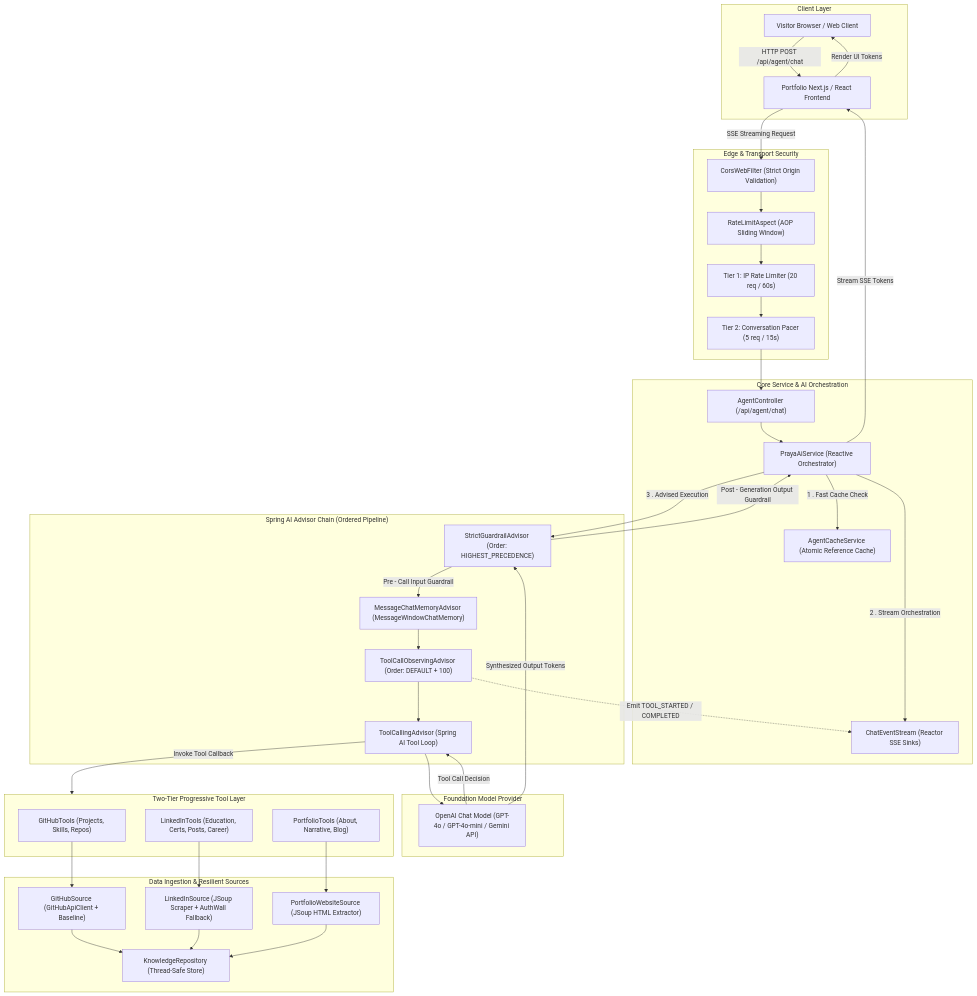
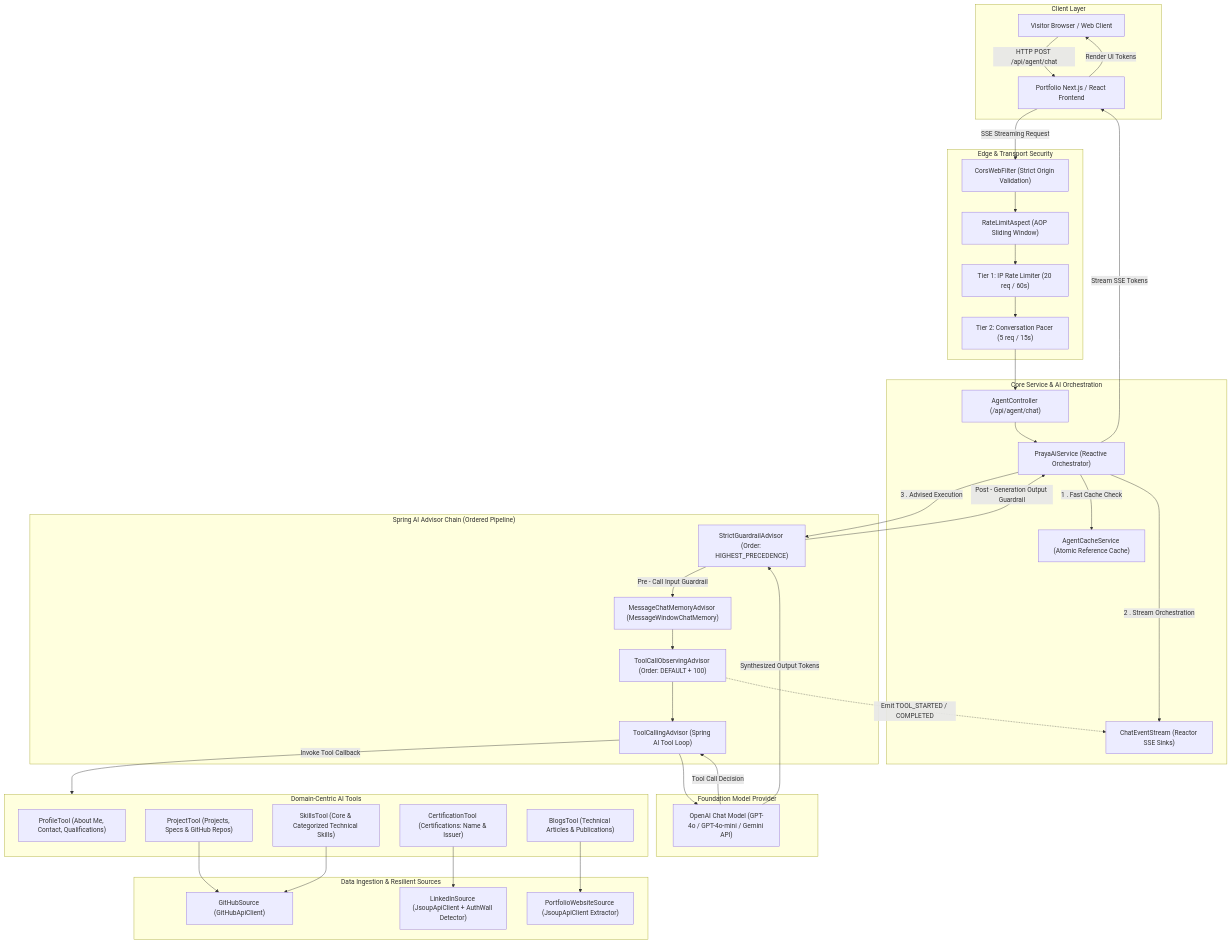
The first of 3 diagrams in docs/HLD.md (pranit-bhangale/praya-ai), drawn with Mermaid before and after one commit. The commit also changed other lines of this file and 38 other files, not shown here.

````diff
--- a/docs/HLD.md
+++ b/docs/HLD.md
@@ -31,71 +31,71 @@
 ```mermaid
 flowchart TD
     subgraph ClientLayer["Client Layer"]
         UserBrowser["Visitor Browser / Web Client"]
         PortfolioFrontend["Portfolio Next.js / React Frontend"]
     end
 
     subgraph EdgeSecurity["Edge & Transport Security"]
         CorsFilter["CorsWebFilter (Strict Origin Validation)"]
         RateLimitAspect["RateLimitAspect (AOP Sliding Window)"]
         IPShield["Tier 1: IP Rate Limiter (20 req / 60s)"]
         ConvoPacer["Tier 2: Conversation Pacer (5 req / 15s)"]
     end
 
     subgraph ServiceCore["Core Service & AI Orchestration"]
         AgentController["AgentController (/api/agent/chat)"]
         PrayaAiService["PrayaAiService (Reactive Orchestrator)"]
         AgentCacheService["AgentCacheService (Atomic Reference Cache)"]
         ChatEventStream["ChatEventStream (Reactor SSE Sinks)"]
     end
 
     subgraph SpringAiAdvisorPipeline["Spring AI Advisor Chain (Ordered Pipeline)"]
         StrictGuardrail["StrictGuardrailAdvisor (Order: HIGHEST_PRECEDENCE)"]
         ChatMemoryAdvisor["MessageChatMemoryAdvisor (MessageWindowChatMemory)"]
         ToolObservingAdvisor["ToolCallObservingAdvisor (Order: DEFAULT + 100)"]
         ToolCallingAdvisor["ToolCallingAdvisor (Spring AI Tool Loop)"]
     end
 
     subgraph LLMModel["Foundation Model Provider"]
         OpenAiClient["OpenAI Chat Model (GPT-4o / GPT-4o-mini / Gemini API)"]
     end
 
-    subgraph ToolingCatalog["Two-Tier Progressive Tool Layer"]
-        GitHubTools["GitHubTools (Projects, Skills, Repos)"]
-        LinkedInTools["LinkedInTools (Education, Certs, Posts, Career)"]
-        PortfolioTools["PortfolioTools (About, Narrative, Blog)"]
+    subgraph ToolingCatalog["Domain-Centric AI Tools"]
+        ProfileTool["ProfileTool (About Me, Contact, Qualifications)"]
+        SkillsTool["SkillsTool (Core & Categorized Technical Skills)"]
+        CertificationTool["CertificationTool (Certifications: Name & Issuer)"]
+        BlogsTool["BlogsTool (Technical Articles & Publications)"]
+        ProjectTool["ProjectTool (Projects, Specs & GitHub Repos)"]
     end
 
     subgraph DataIngestionLayer["Data Ingestion & Resilient Sources"]
-        GitHubSource["GitHubSource (GitHubApiClient + Baseline)"]
-        LinkedInSource["LinkedInSource (JSoup Scraper + AuthWall Fallback)"]
-        PortfolioSource["PortfolioWebsiteSource (JSoup HTML Extractor)"]
-        KnowledgeRepo["KnowledgeRepository (Thread-Safe Store)"]
+        GitHubSource["GitHubSource (GitHubApiClient)"]
+        LinkedInSource["LinkedInSource (JsoupApiClient + AuthWall Detector)"]
+        PortfolioSource["PortfolioWebsiteSource (JsoupApiClient Extractor)"]
     end
 
     UserBrowser -->|HTTP POST /api/agent/chat| PortfolioFrontend
     PortfolioFrontend -->|SSE Streaming Request| CorsFilter
     CorsFilter --> RateLimitAspect
     RateLimitAspect --> IPShield
     IPShield --> ConvoPacer
     ConvoPacer --> AgentController
     AgentController --> PrayaAiService
     PrayaAiService -->|1 . Fast Cache Check| AgentCacheService
     PrayaAiService -->|2 . Stream Orchestration| ChatEventStream
     PrayaAiService -->|3 . Advised Execution| StrictGuardrail
     StrictGuardrail -->|Pre - Call Input Guardrail| ChatMemoryAdvisor
     ChatMemoryAdvisor --> ToolObservingAdvisor
     ToolObservingAdvisor --> ToolCallingAdvisor
     ToolCallingAdvisor --> OpenAiClient
     OpenAiClient -->|Tool Call Decision| ToolCallingAdvisor
     ToolCallingAdvisor -->|Invoke Tool Callback| ToolingCatalog
     ToolObservingAdvisor -.->|Emit TOOL_STARTED / COMPLETED| ChatEventStream
-    GitHubTools --> GitHubSource
-    LinkedInTools --> LinkedInSource
-    PortfolioTools --> PortfolioSource
-    GitHubSource & LinkedInSource & PortfolioSource --> KnowledgeRepo
+    ProjectTool & SkillsTool --> GitHubSource
+    CertificationTool --> LinkedInSource
+    BlogsTool --> PortfolioSource
     OpenAiClient -->|Synthesized Output Tokens| StrictGuardrail
     StrictGuardrail -->|Post - Generation Output Guardrail| PrayaAiService
     PrayaAiService -->|Stream SSE Tokens| PortfolioFrontend
     PortfolioFrontend -->|Render UI Tokens| UserBrowser
 ```
````
